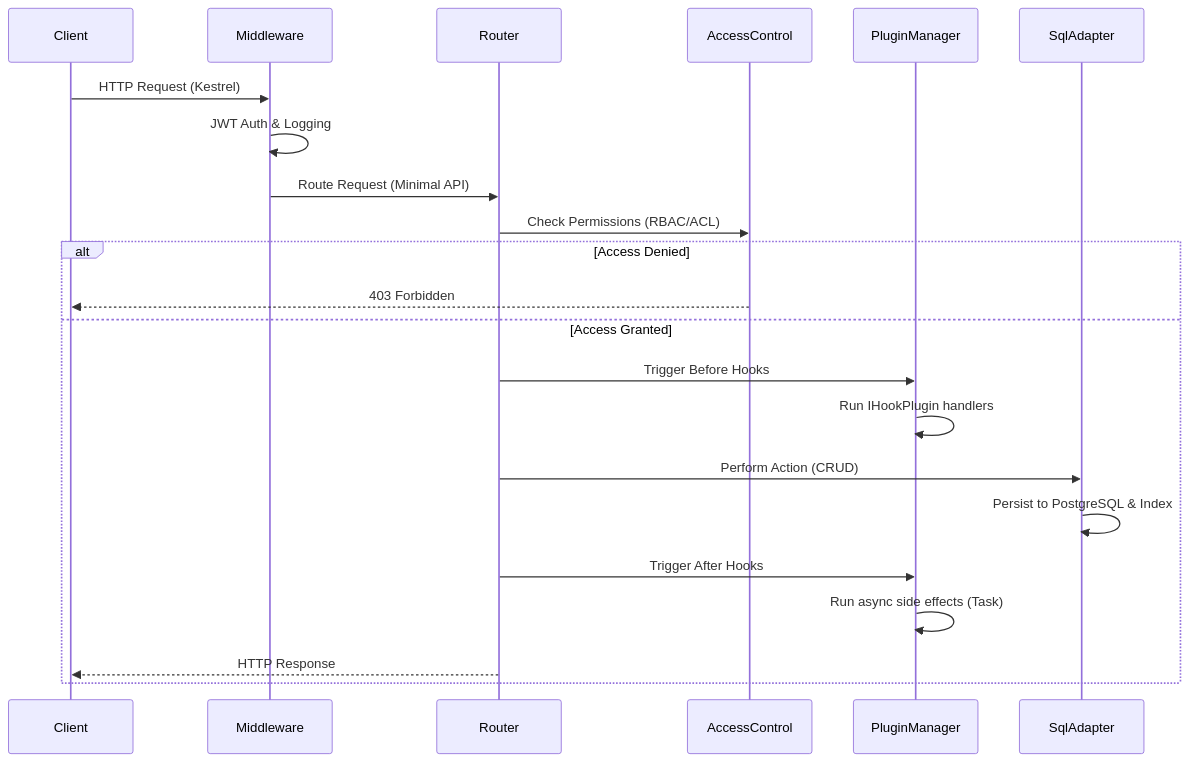
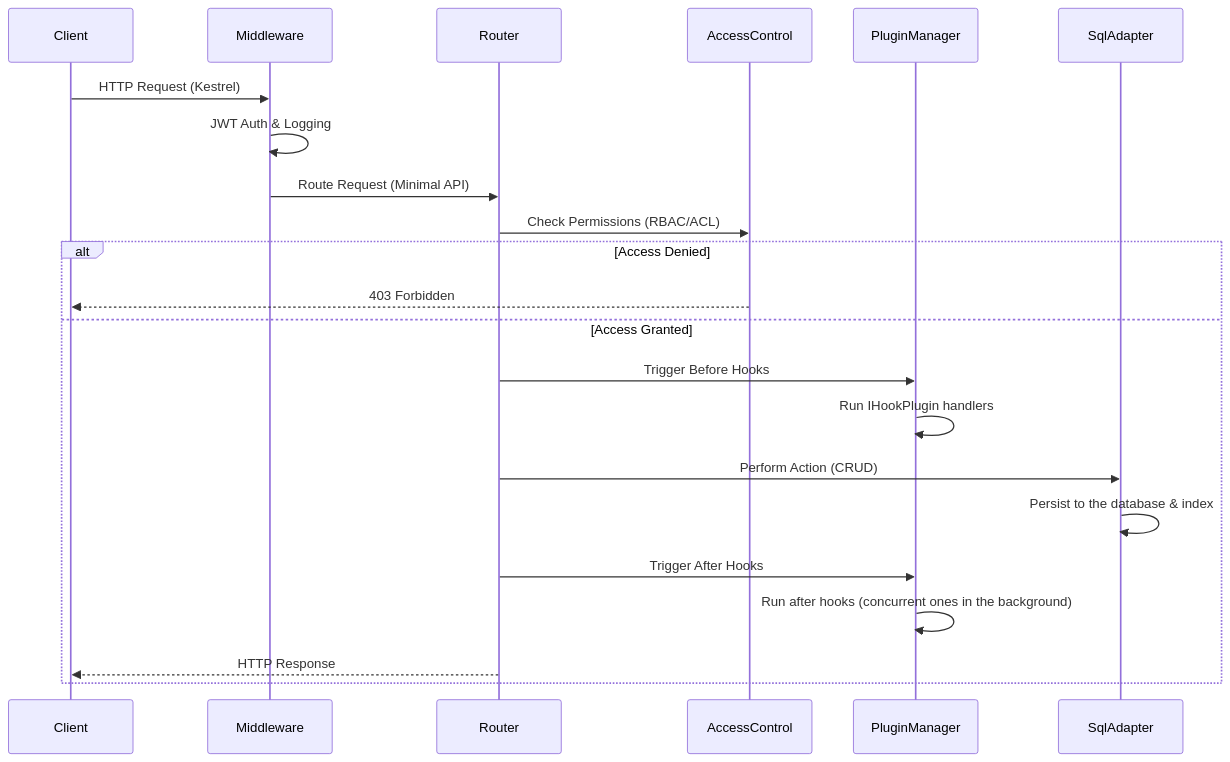
Before and after one commit to edraj/website: the second of 2 diagrams in pack/space/pages/technical.md, drawn with Mermaid. The commit also changed other lines of this file and 13 other files, not shown here.

````diff
--- a/pack/space/pages/technical.md
+++ b/pack/space/pages/technical.md
@@ -159,28 +123,28 @@
 ```mermaid
 sequenceDiagram
     participant Client
     participant Middleware
     participant Router
     participant AccessControl
     participant PluginManager
     participant SqlAdapter
 
     Client->>Middleware: HTTP Request (Kestrel)
     Middleware->>Middleware: JWT Auth & Logging
     Middleware->>Router: Route Request (Minimal API)
     Router->>AccessControl: Check Permissions (RBAC/ACL)
     alt Access Denied
         AccessControl-->>Client: 403 Forbidden
     else Access Granted
         Router->>PluginManager: Trigger Before Hooks
         PluginManager->>PluginManager: Run IHookPlugin handlers
 
         Router->>SqlAdapter: Perform Action (CRUD)
-        SqlAdapter->>SqlAdapter: Persist to PostgreSQL & Index
+        SqlAdapter->>SqlAdapter: Persist to the database & index
 
         Router->>PluginManager: Trigger After Hooks
-        PluginManager->>PluginManager: Run async side effects (Task)
+        PluginManager->>PluginManager: Run after hooks (concurrent ones in the background)
 
         Router-->>Client: HTTP Response
     end
 ```
````
